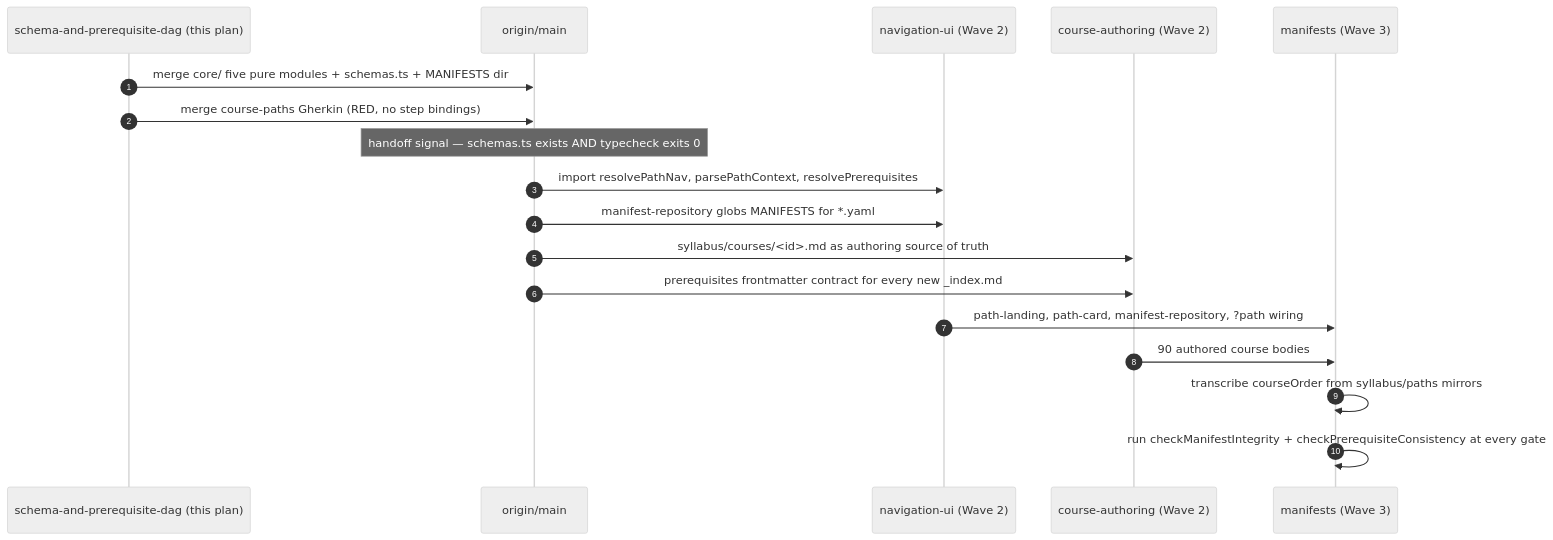
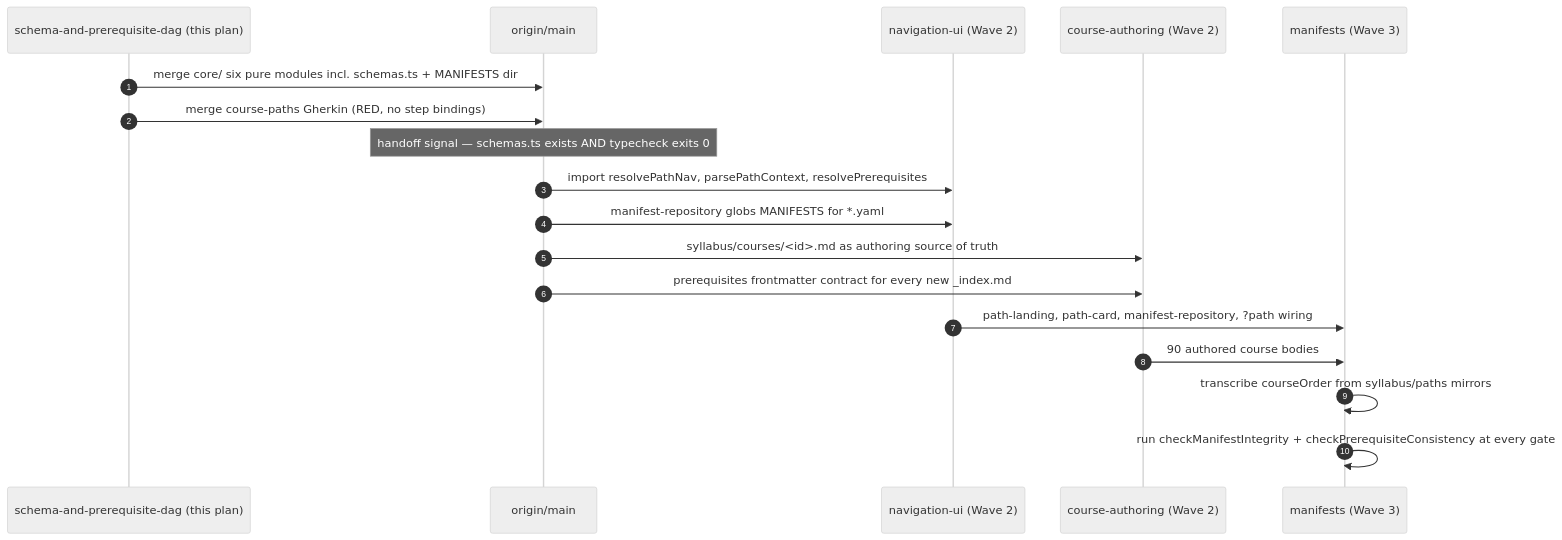
The fifth of 5 diagrams in plans/backlog/ayokoding-learning-path-02-schema-and-prerequisite-dag/tech-docs.md (wahidyankf/baseerah), drawn with Mermaid (neutral theme) before and after one commit. The commit also changed other lines of this file and 11 other files, not shown here.

First line of the commit message:
docs(plans): apply plan-quality-gate fixes to the schema-and-prerequisite-DAG plan

````diff
--- a/plans/backlog/ayokoding-learning-path-02-schema-and-prerequisite-dag/tech-docs.md
+++ b/plans/backlog/ayokoding-learning-path-02-schema-and-prerequisite-dag/tech-docs.md
@@ -541,22 +586,22 @@
 ```mermaid
 %% Sequence of how a downstream plan consumes this plan's output, and where each hand-off gates.
 sequenceDiagram
     autonumber
     participant P2 as schema-and-prerequisite-dag (this plan)
     participant Main as origin/main
     participant P3 as navigation-ui (Wave 2)
     participant P4 as course-authoring (Wave 2)
     participant P5 as manifests (Wave 3)
 
-    P2->>Main: merge core/ five pure modules + schemas.ts + MANIFESTS dir
+    P2->>Main: merge core/ six pure modules incl. schemas.ts + MANIFESTS dir
     P2->>Main: merge course-paths Gherkin (RED, no step bindings)
     Note over Main: handoff signal — schemas.ts exists AND typecheck exits 0
     Main->>P3: import resolvePathNav, parsePathContext, resolvePrerequisites
     Main->>P3: manifest-repository globs MANIFESTS for *.yaml
     Main->>P4: syllabus/courses/<id>.md as authoring source of truth
     Main->>P4: prerequisites frontmatter contract for every new _index.md
     P3->>P5: path-landing, path-card, manifest-repository, ?path wiring
     P4->>P5: 90 authored course bodies
     P5->>P5: transcribe courseOrder from syllabus/paths mirrors
     P5->>P5: run checkManifestIntegrity + checkPrerequisiteConsistency at every gate
 ```
````
